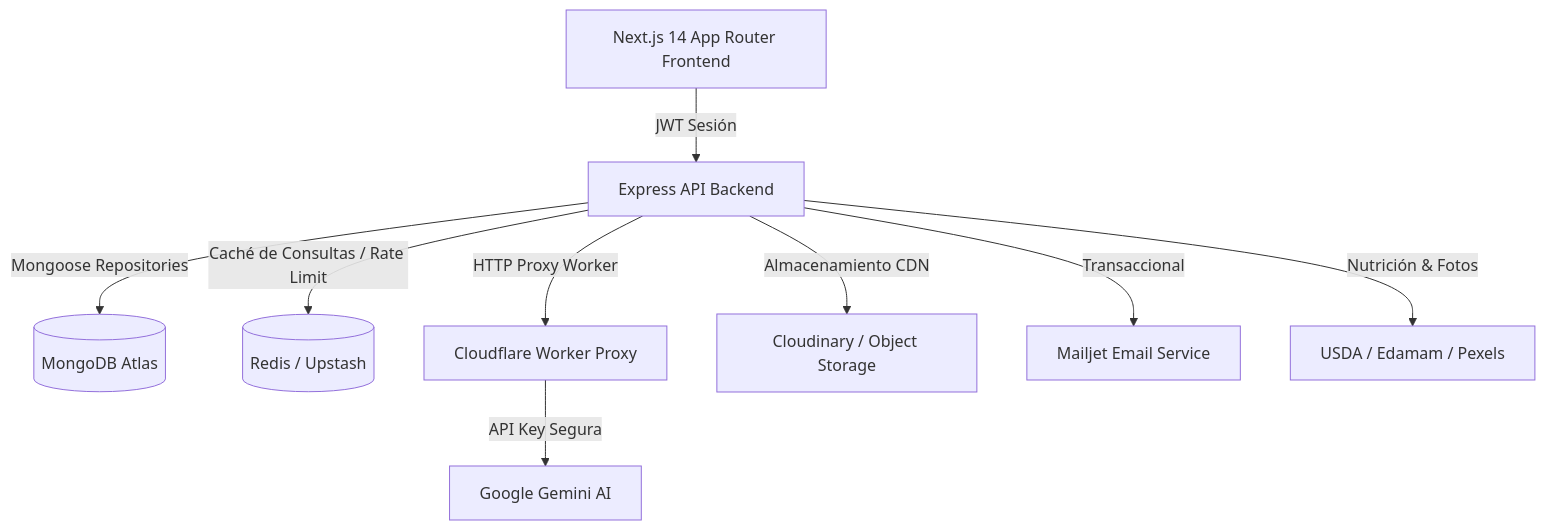
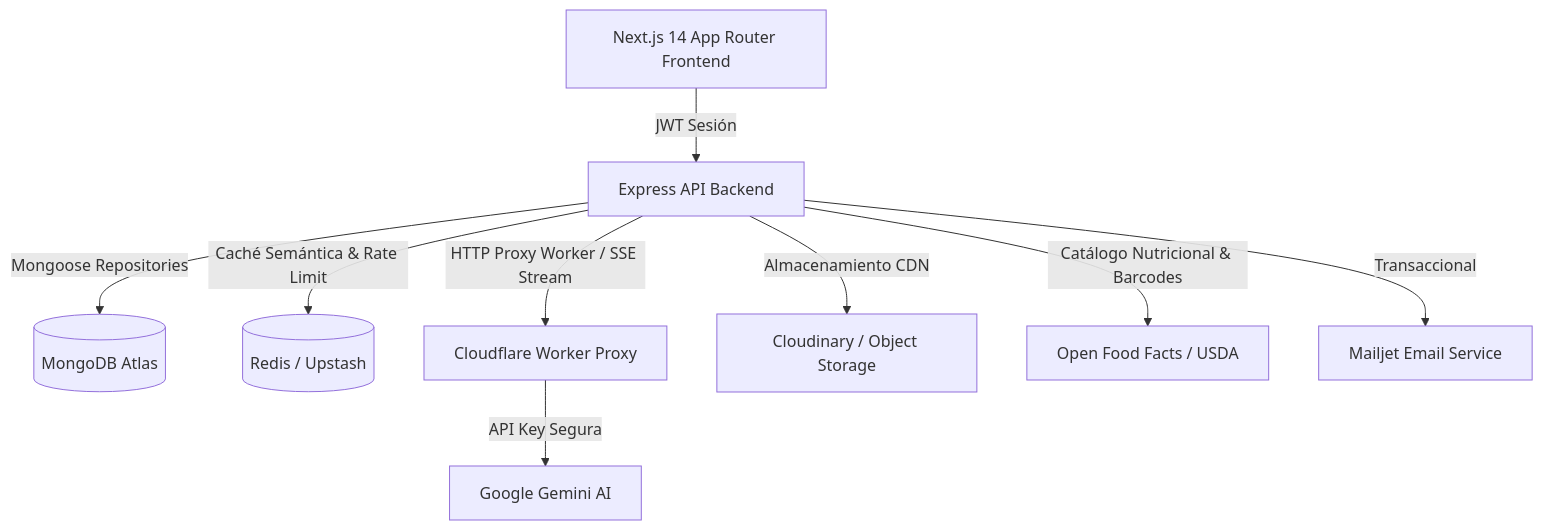
The first of 2 diagrams in docs/informe_auditoria_mejoras.md (AleHernandezG/TFG_AlejandroHernandezGonzalez), drawn with Mermaid before and after one commit. The commit also changed other lines of this file and 29 other files, not shown here.

````diff
--- a/docs/informe_auditoria_mejoras.md
+++ b/docs/informe_auditoria_mejoras.md
@@ -25,11 +25,11 @@
 ```mermaid
 graph TD
     A[Next.js 14 App Router Frontend] -->|JWT Sesión| B[Express API Backend]
     B -->|Mongoose Repositories| C[(MongoDB Atlas)]
-    B -->|Caché de Consultas / Rate Limit| R[(Redis / Upstash)]
-    B -->|HTTP Proxy Worker| D[Cloudflare Worker Proxy]
+    B -->|Caché Semántica & Rate Limit| R[(Redis / Upstash)]
+    B -->|HTTP Proxy Worker / SSE Stream| D[Cloudflare Worker Proxy]
     D -->|API Key Segura| E[Google Gemini AI]
     B -->|Almacenamiento CDN| M[Cloudinary / Object Storage]
+    B -->|Catálogo Nutricional & Barcodes| OFF[Open Food Facts / USDA]
     B -->|Transaccional| F[Mailjet Email Service]
-    B -->|Nutrición & Fotos| G[USDA / Edamam / Pexels]
 ```
````
